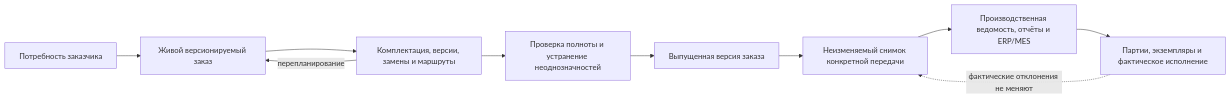
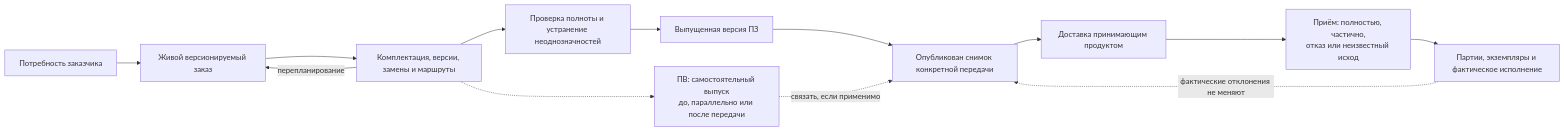
One commit to ZelAnton/Interlink-product-book changed the diagram in wiki/Orders-guide.md. Above: the diagram before and after it, drawn with Mermaid. The commit also changed other lines of this file and 67 other files, not shown here.

````diff
--- a/wiki/Orders-guide.md
+++ b/wiki/Orders-guide.md
@@ -19,12 +21,15 @@
 ```mermaid
 flowchart LR
     A["Потребность заказчика"] --> B["Живой версионируемый заказ"]
     B --> C["Комплектация, версии, замены и маршруты"]
     C --> D["Проверка полноты и устранение неоднозначностей"]
-    D --> E["Выпущенная версия заказа"]
-    E --> F["Неизменяемый снимок конкретной передачи"]
-    F --> G["Производственная ведомость, отчёты и ERP/MES"]
-    G --> H["Партии, экземпляры и фактическое исполнение"]
+    D --> E["Выпущенная версия ПЗ"]
+    E --> F["Опубликован снимок конкретной передачи"]
+    F --> G["Доставка принимающим продуктом"]
+    G --> H["Приём: полностью, частично,<br/>отказ или неизвестный исход"]
+    C -.-> P["ПВ: самостоятельный выпуск<br/>до, параллельно или после передачи"]
+    P -.->|"связать, если применимо"| F
+    H --> I["Партии, экземпляры и фактическое исполнение"]
     C -->|перепланирование| B
-    H -.->|фактические отклонения не меняют| F
+    I -.->|фактические отклонения не меняют| F
 ```
````
